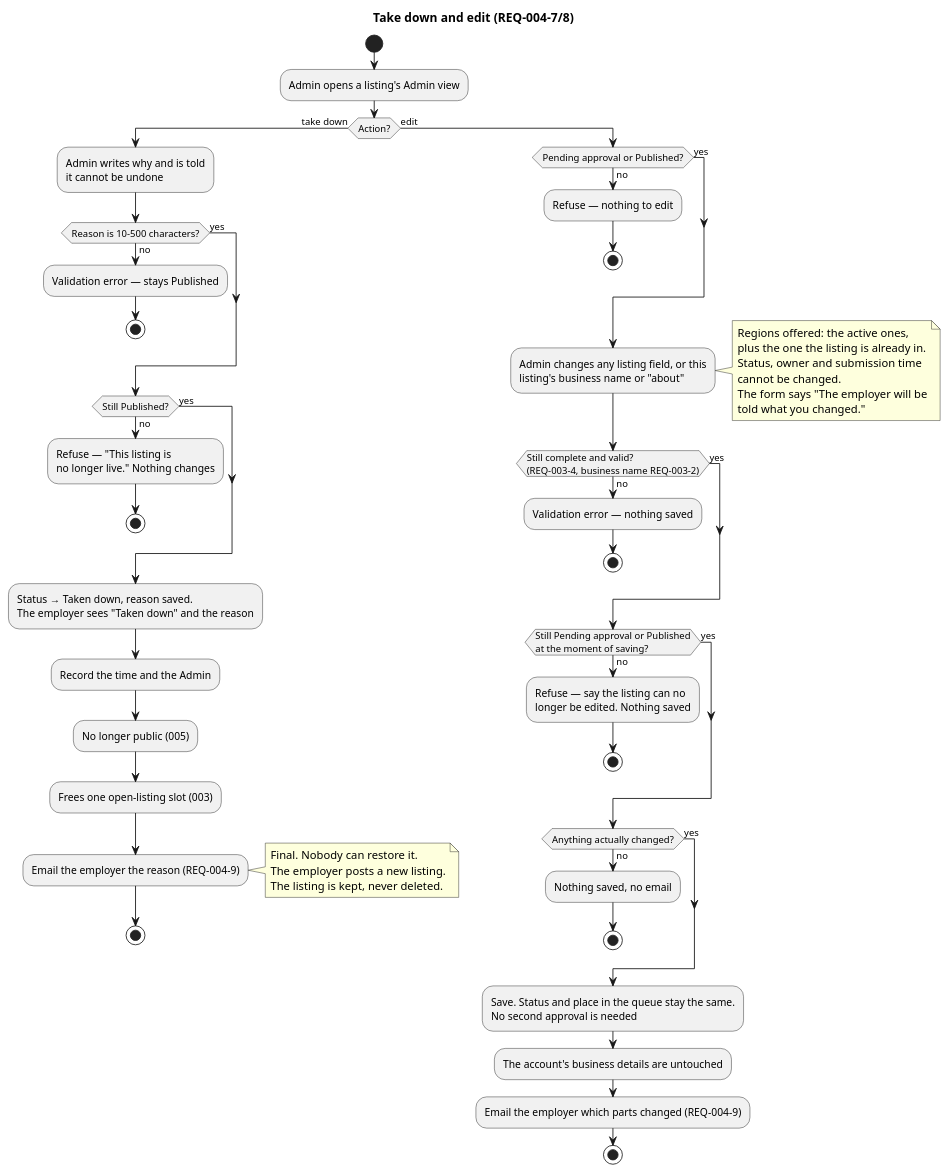
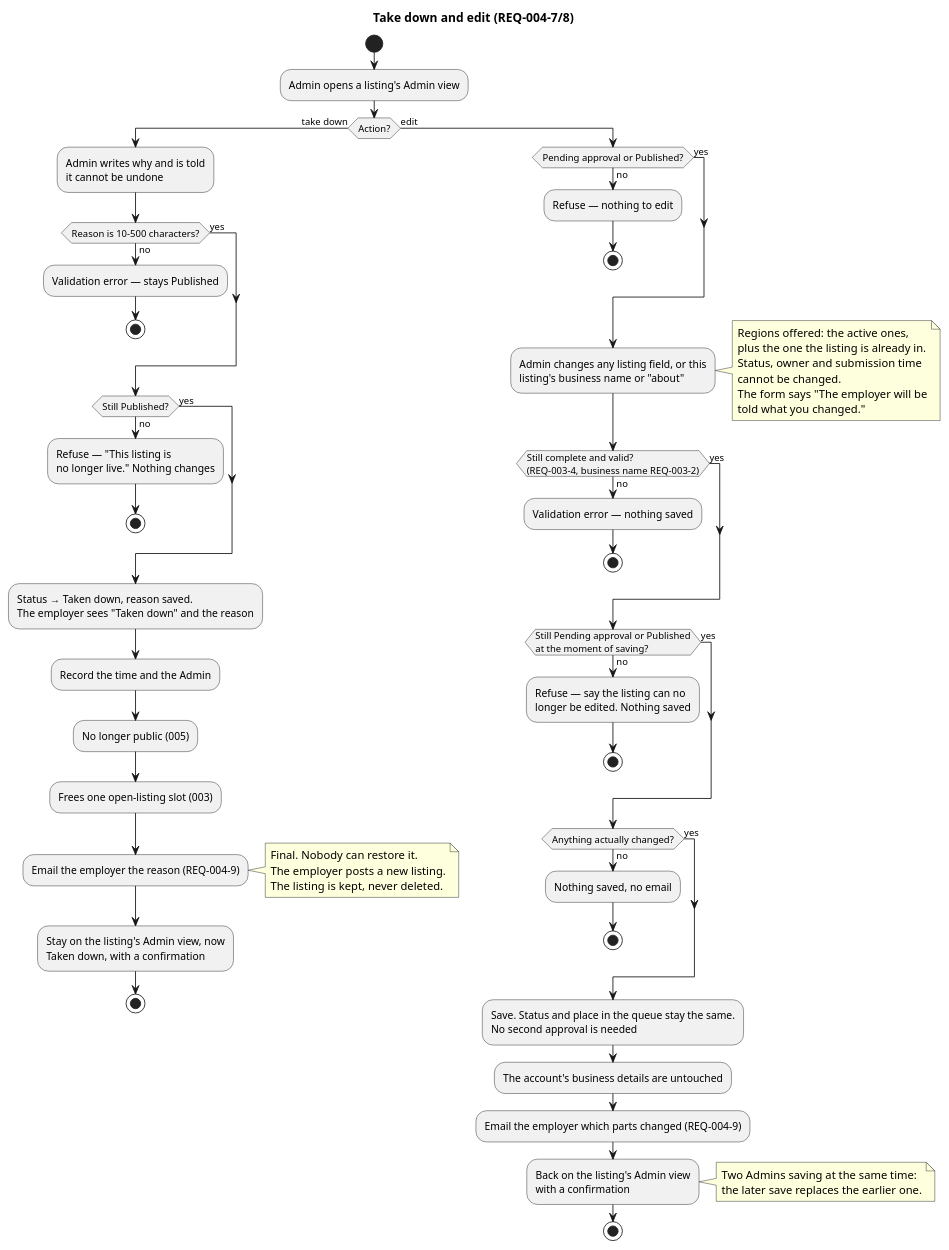
Before and after one commit to raseniero/jairojobs-elixir: the diagram in docs/specs/004-listings-admin-moderation/diagrams/activity-take-down-and-edit.puml, drawn with PlantUML. The commit also changed 6 other files, not shown here.

```diff
--- a/docs/specs/004-listings-admin-moderation/diagrams/activity-take-down-and-edit.puml
+++ b/docs/specs/004-listings-admin-moderation/diagrams/activity-take-down-and-edit.puml
@@ -1,71 +1,79 @@
 @startuml activity-take-down-and-edit
 ' Spec 004 — taking down a live listing, and Admin edits (REQ-004-7, -8)
 title Take down and edit (REQ-004-7/8)
 
 start
 :Admin opens a listing's Admin view;
 if (Action?) then (take down)
   :Admin writes why and is told
   it cannot be undone;
   if (Reason is 10–500 characters?) then (no)
     :Validation error — stays Published;
     stop
   else (yes)
   endif
   if (Still Published?) then (no)
     :Refuse — "This listing is
     no longer live." Nothing changes;
     stop
   else (yes)
   endif
   :Status → Taken down, reason saved.
   The employer sees "Taken down" and the reason;
   :Record the time and the Admin;
   :No longer public (005);
   :Frees one open-listing slot (003);
   :Email the employer the reason (REQ-004-9);
   note right
     Final. Nobody can restore it.
     The employer posts a new listing.
     The listing is kept, never deleted.
   end note
+  :Stay on the listing's Admin view, now
+  Taken down, with a confirmation;
   stop
 else (edit)
   if (Pending approval or Published?) then (no)
     :Refuse — nothing to edit;
     stop
   else (yes)
   endif
   :Admin changes any listing field, or this
   listing's business name or "about";
   note right
     Regions offered: the active ones,
     plus the one the listing is already in.
     Status, owner and submission time
     cannot be changed.
     The form says "The employer will be
     told what you changed."
   end note
   if (Still complete and valid?\n(REQ-003-4, business name REQ-003-2)) then (no)
     :Validation error — nothing saved;
     stop
   else (yes)
   endif
   if (Still Pending approval or Published\nat the moment of saving?) then (no)
     :Refuse — say the listing can no
     longer be edited. Nothing saved;
     stop
   else (yes)
   endif
   if (Anything actually changed?) then (no)
     :Nothing saved, no email;
     stop
   else (yes)
   endif
   :Save. Status and place in the queue stay the same.
   No second approval is needed;
   :The account's business details are untouched;
   :Email the employer which parts changed (REQ-004-9);
+  :Back on the listing's Admin view
+  with a confirmation;
+  note right
+    Two Admins saving at the same time:
+    the later save replaces the earlier one.
+  end note
   stop
 endif
 @enduml
```
